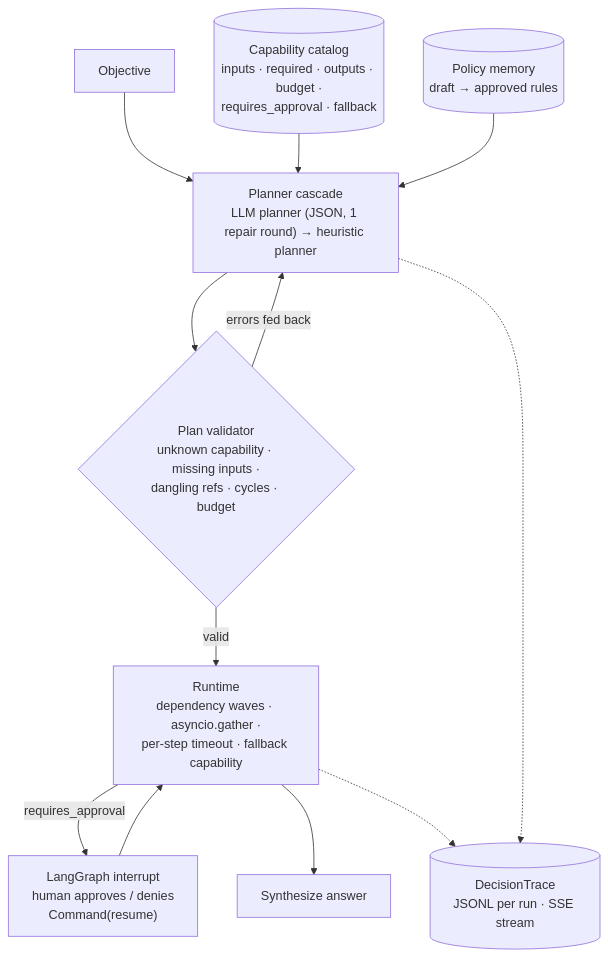
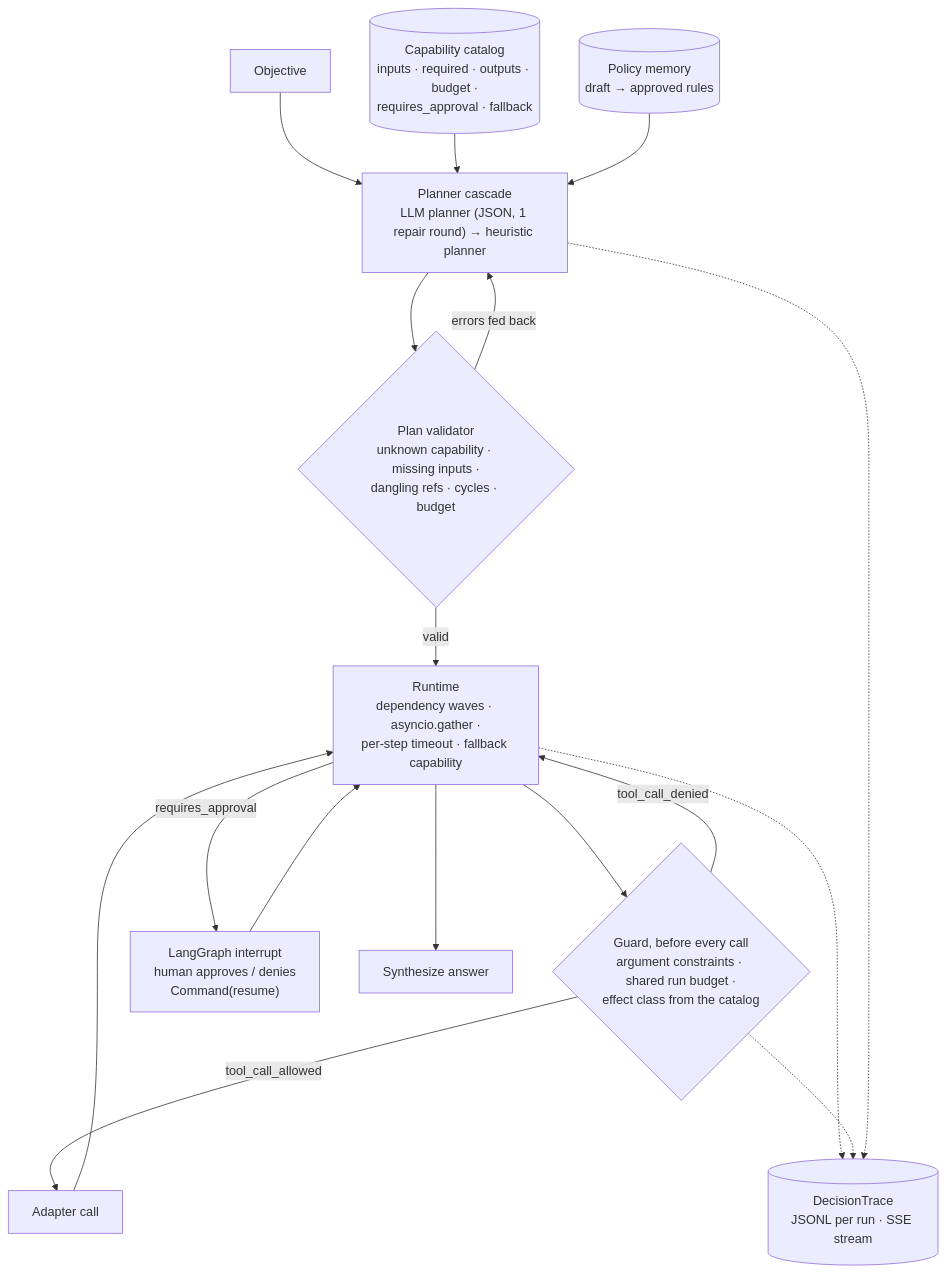
Before and after one commit to gandhiashutosh14/governed-agent-orchestrator: the diagram in README.md, drawn with Mermaid. The commit also changed other lines of this file and 12 other files, not shown here.

First line of the commit message:
Add bounded tool execution: argument constraints, shared run budget, effect classes

````diff
--- a/README.md
+++ b/README.md
@@ -15,14 +15,19 @@
 ```mermaid
 flowchart TD
     O["Objective"] --> P["Planner cascade<br/>LLM planner (JSON, 1 repair round) → heuristic planner"]
     C[("Capability catalog<br/>inputs · required · outputs · budget ·<br/>requires_approval · fallback")] --> P
     PM[("Policy memory<br/>draft → approved rules")] --> P
     P --> V{"Plan validator<br/>unknown capability · missing inputs ·<br/>dangling refs · cycles · budget"}
     V -->|"errors fed back"| P
     V -->|"valid"| R["Runtime<br/>dependency waves · asyncio.gather ·<br/>per-step timeout · fallback capability"]
+    R --> G{"Guard, before every call<br/>argument constraints · shared run budget ·<br/>effect class from the catalog"}
+    G -->|"tool_call_allowed"| X["Adapter call"]
+    G -->|"tool_call_denied"| R
+    X --> R
     R -->|"requires_approval"| H["LangGraph interrupt<br/>human approves / denies<br/>Command(resume)"]
     H --> R
     R --> S["Synthesize answer"]
     R -.-> T[("DecisionTrace<br/>JSONL per run · SSE stream")]
+    G -.-> T
     P -.-> T
 ```
````
